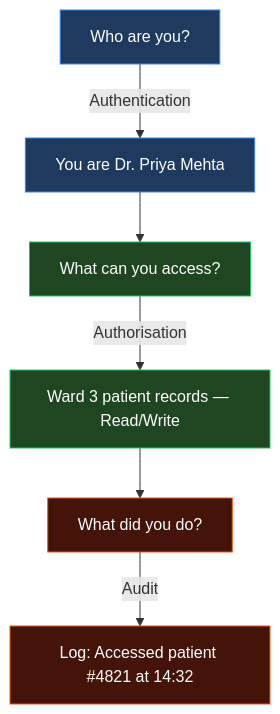
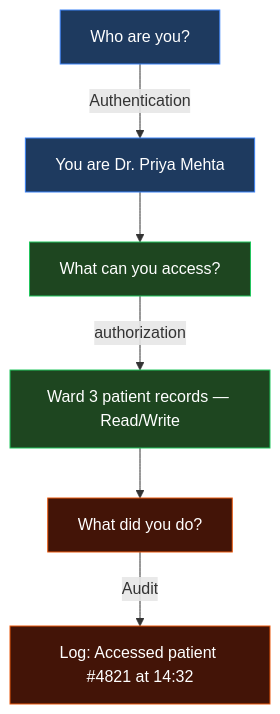
Before and after one commit to thinkIdentity/thinkIdentity.github.io: the first of 3 diagrams in _posts/2026/05/2026-05-01-what-is-iam-and-why-it-matters.md, drawn with Mermaid. The commit also changed other lines of this file and 14 other files, not shown here.

````diff
--- a/_posts/2026/05/2026-05-01-what-is-iam-and-why-it-matters.md
+++ b/_posts/2026/05/2026-05-01-what-is-iam-and-why-it-matters.md
@@ -36,15 +36,15 @@
 ```mermaid
 flowchart TD
     A[Who are you?] -->|Authentication| B[You are Dr. Priya Mehta]
     B --> C[What can you access?]
-    C -->|Authorisation| D[Ward 3 patient records — Read/Write]
+    C -->|authorization| D[Ward 3 patient records — Read/Write]
     D --> E[What did you do?]
     E -->|Audit| F[Log: Accessed patient #4821 at 14:32]
 
     style A fill:#1e3a5f,stroke:#3b82f6,color:#fff
     style B fill:#1e3a5f,stroke:#3b82f6,color:#fff
     style C fill:#1e4620,stroke:#22c55e,color:#fff
     style D fill:#1e4620,stroke:#22c55e,color:#fff
     style E fill:#431407,stroke:#ea580c,color:#fff
     style F fill:#431407,stroke:#ea580c,color:#fff
 ```
````
